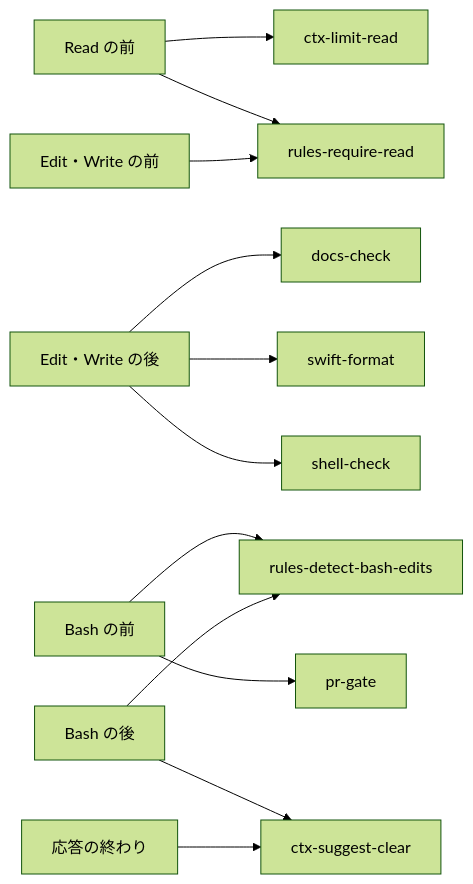
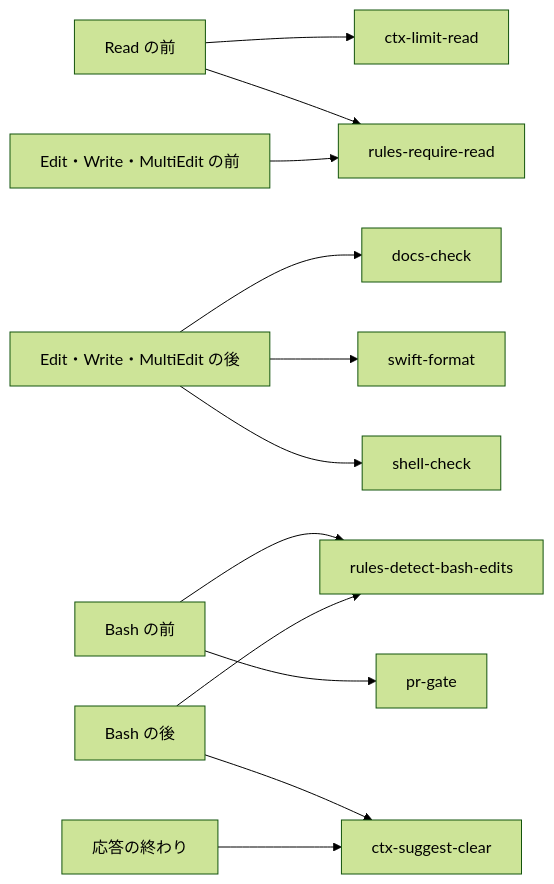
One commit to yossibank/claude-config changed the first of 2 diagrams in README.md. Above: the diagram before and after it, drawn with Mermaid (forest theme). The commit also changed other lines of this file and 3 other files, not shown here.

````diff
--- a/README.md
+++ b/README.md
@@ -97,14 +97,14 @@
 ```mermaid
 flowchart LR
     readBefore["Read の前"] --> limit["ctx-limit-read"]
     readBefore --> require["rules-require-read"]
-    editBefore["Edit・Write の前"] --> require
-    editAfter["Edit・Write の後"] --> docs["docs-check"]
+    editBefore["Edit・Write・MultiEdit の前"] --> require
+    editAfter["Edit・Write・MultiEdit の後"] --> docs["docs-check"]
     editAfter --> swift["swift-format"]
     editAfter --> shell["shell-check"]
     bashBefore["Bash の前"] --> detect["rules-detect-bash-edits"]
     bashBefore --> gate["pr-gate"]
     bashAfter["Bash の後"] --> detect
     bashAfter --> clear["ctx-suggest-clear"]
     stop["応答の終わり"] --> clear
 ```
````
